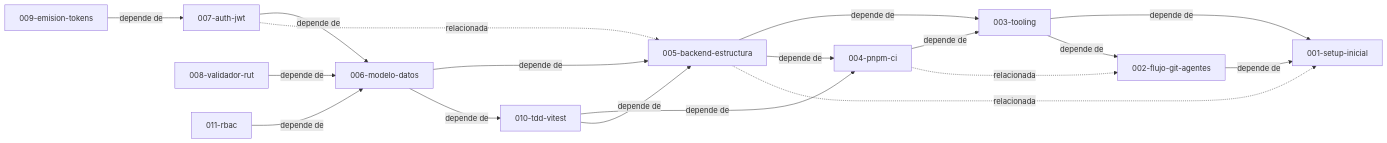
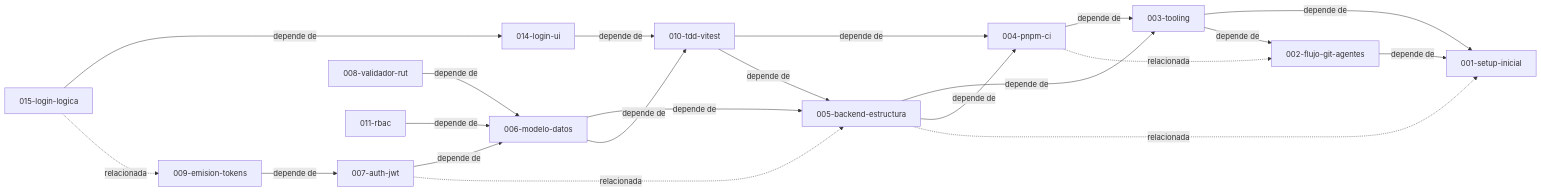
Before and after one commit to DavidSlva/financial-risk-manager: the diagram in docs/specs/README.md, drawn with Mermaid. The commit also changed other lines of this file and 6 other files, not shown here.

````diff
--- a/docs/specs/README.md
+++ b/docs/specs/README.md
@@ -23,31 +25,36 @@
 ```mermaid
 graph LR
   S001[001-setup-inicial]
   S002[002-flujo-git-agentes]
   S003[003-tooling]
   S004[004-pnpm-ci]
   S005[005-backend-estructura]
   S006[006-modelo-datos]
   S007[007-auth-jwt]
   S008[008-validador-rut]
   S009[009-emision-tokens]
   S010[010-tdd-vitest]
   S011[011-rbac]
+  S014[014-login-ui]
+  S015[015-login-logica]
   S002 -->|depende de| S001
   S003 -->|depende de| S001
   S003 -->|depende de| S002
   S004 -->|depende de| S003
   S004 -.->|relacionada| S002
   S005 -->|depende de| S003
   S005 -->|depende de| S004
   S005 -.->|relacionada| S001
   S006 -->|depende de| S005
   S006 -->|depende de| S010
   S007 -->|depende de| S006
   S007 -.->|relacionada| S005
   S008 -->|depende de| S006
   S009 -->|depende de| S007
   S010 -->|depende de| S004
   S010 -->|depende de| S005
   S011 -->|depende de| S006
+  S014 -->|depende de| S010
+  S015 -->|depende de| S014
+  S015 -.->|relacionada| S009
 ```
````
